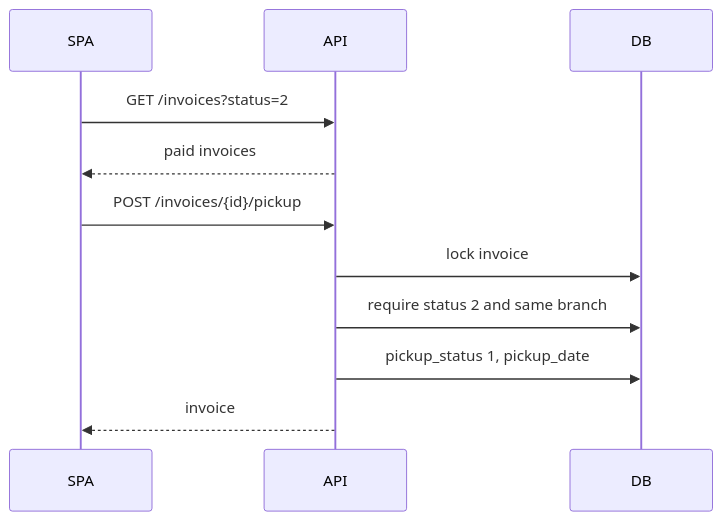
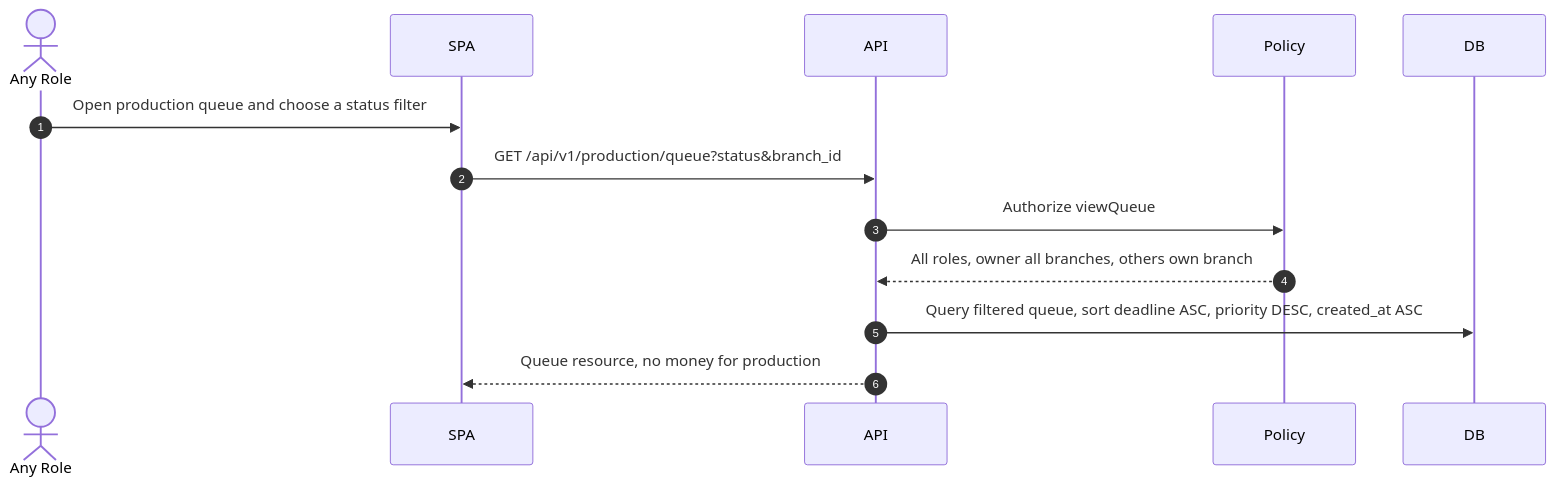
Before and after one commit to Arukast/pos_alja: diagram 15 of 21 in docs/architecture/sequence-diagrams.md, drawn with Mermaid. The commit also changed other lines of this file and 18 other files, not shown here.

````diff
--- a/docs/architecture/sequence-diagrams.md
+++ b/docs/architecture/sequence-diagrams.md
@@ -106,14 +390,16 @@
 ```mermaid
 sequenceDiagram
+    autonumber
+    actor A as Any Role
     participant SPA
     participant API
+    participant Policy
     participant DB
 
-    SPA->>API: GET /invoices?status=2
-    API-->>SPA: paid invoices
-    SPA->>API: POST /invoices/{id}/pickup
-    API->>DB: lock invoice
-    API->>DB: require status 2 and same branch
-    API->>DB: pickup_status 1, pickup_date
-    API-->>SPA: invoice
+    A->>SPA: Open production queue and choose a status filter
+    SPA->>API: GET /api/v1/production/queue?status&branch_id
+    API->>Policy: Authorize viewQueue
+    Policy-->>API: All roles, owner all branches, others own branch
+    API->>DB: Query filtered queue, sort deadline ASC, priority DESC, created_at ASC
+    API-->>SPA: Queue resource, no money for production
 ```
````
